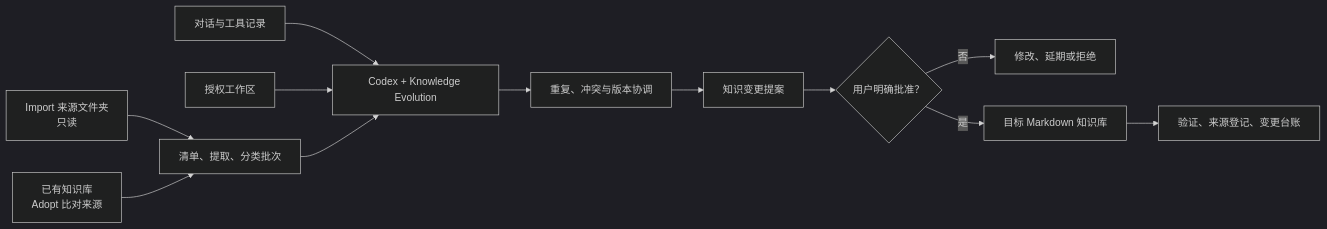
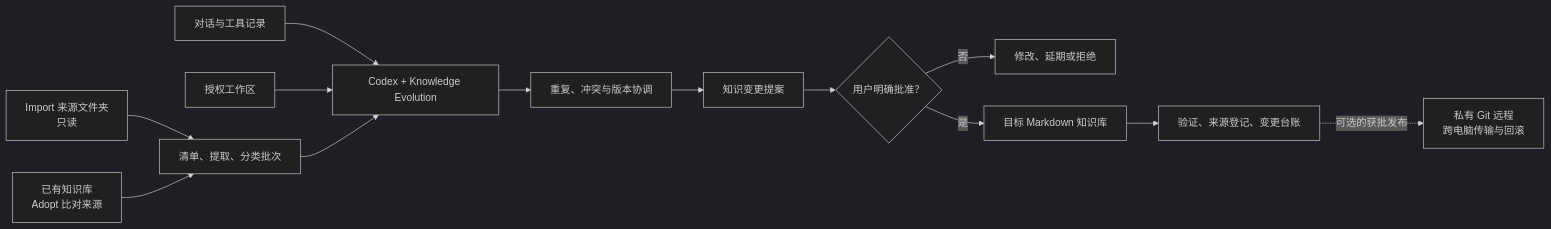
Before and after one commit to ChanghaoLiao/knowledge-evolution: the diagram in README.md, drawn with Mermaid (dark theme). The commit also changed other lines of this file and 17 other files, not shown here.

````diff
--- a/README.md
+++ b/README.md
@@ -77,14 +81,15 @@
 ```mermaid
 flowchart LR
     C["对话与工具记录"] --> A["Codex + Knowledge Evolution"]
     W["授权工作区"] --> A
     S["Import 来源文件夹<br/>只读"] --> I["清单、提取、分类批次"]
     K["已有知识库<br/>Adopt 比对来源"] --> I
     I --> A
     A --> R["重复、冲突与版本协调"]
     R --> P["知识变更提案"]
     P --> U{"用户明确批准？"}
     U -->|否| X["修改、延期或拒绝"]
     U -->|是| T["目标 Markdown 知识库"]
     T --> V["验证、来源登记、变更台账"]
+    V -. 可选的获批发布 .-> G["私有 Git 远程<br/>跨电脑传输与回滚"]
 ```
````
